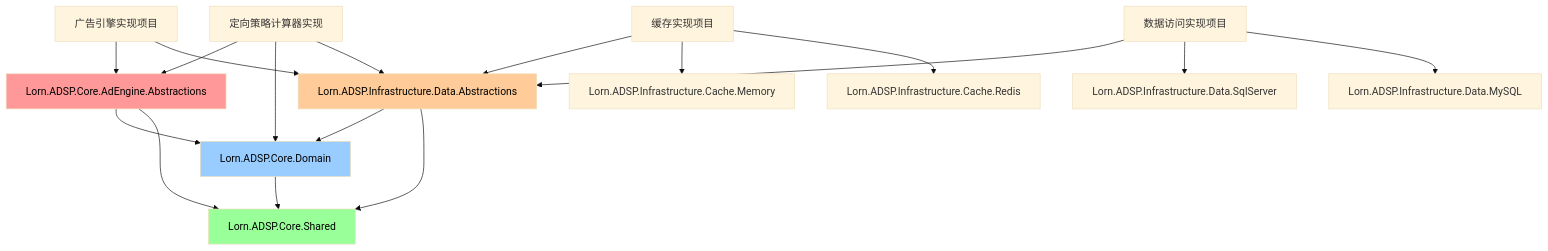
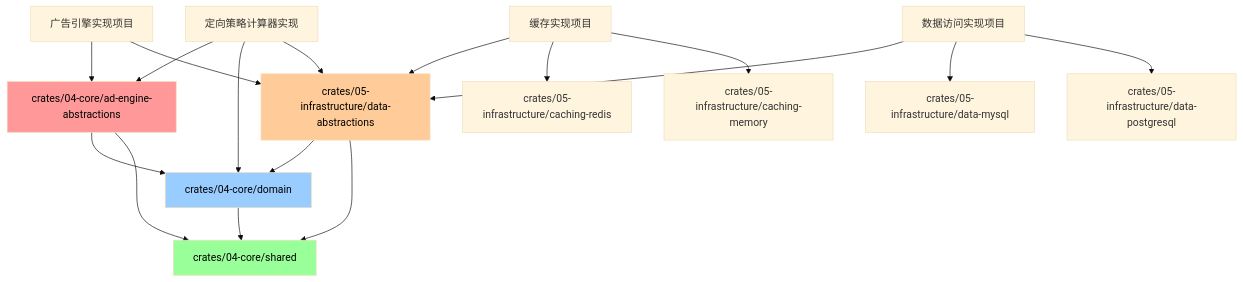
One commit to lornshrimp/Lorn.ADSP.Rust changed the fifth of 12 diagrams in docs_TecDesign/广告投放引擎/广告引擎抽象层设计.md. Above: the diagram before and after it, drawn with Mermaid (base theme). The commit also changed other lines of this file and 3 other files, not shown here.

````diff
--- a/docs_TecDesign/广告投放引擎/广告引擎抽象层设计.md
+++ b/docs_TecDesign/广告投放引擎/广告引擎抽象层设计.md
@@ -498,29 +507,29 @@
 ```mermaid
 graph TD
-    A[Lorn.ADSP.Core.AdEngine.Abstractions] --> B[Lorn.ADSP.Core.Domain]
-    A --> C[Lorn.ADSP.Core.Shared]
+    A[crates/04-core/ad-engine-abstractions] --> B[crates/04-core/domain]
+    A --> C[crates/04-core/shared]
     B --> C
     
-    D[Lorn.ADSP.Infrastructure.Data.Abstractions] --> B
+    D[crates/05-infrastructure/data-abstractions] --> B
     D --> C
     
     E[广告引擎实现项目] --> A
     E --> D
     
     F[缓存实现项目] --> D
-    F --> G[Lorn.ADSP.Infrastructure.Cache.Memory]
-    F --> H[Lorn.ADSP.Infrastructure.Cache.Redis]
+    F --> G[crates/05-infrastructure/caching-redis]
+    F --> H[crates/05-infrastructure/caching-memory]
     
     I[定向策略计算器实现] --> A
     I --> B
     I --> D
     
     J[数据访问实现项目] --> D
-    J --> K[Lorn.ADSP.Infrastructure.Data.SqlServer]
-    J --> L[Lorn.ADSP.Infrastructure.Data.MySQL]
+    J --> K[crates/05-infrastructure/data-mysql]
+    J --> L[crates/05-infrastructure/data-postgresql]
     
     style A fill:#ff9999,color:#000
     style B fill:#99ccff,color:#000
     style C fill:#99ff99,color:#000
     style D fill:#ffcc99,color:#000
 ```
````
